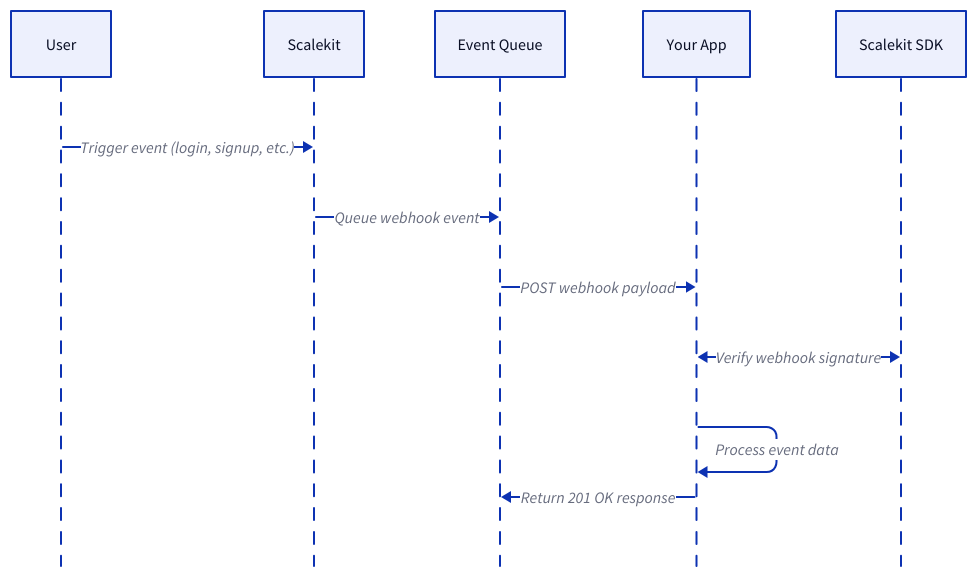
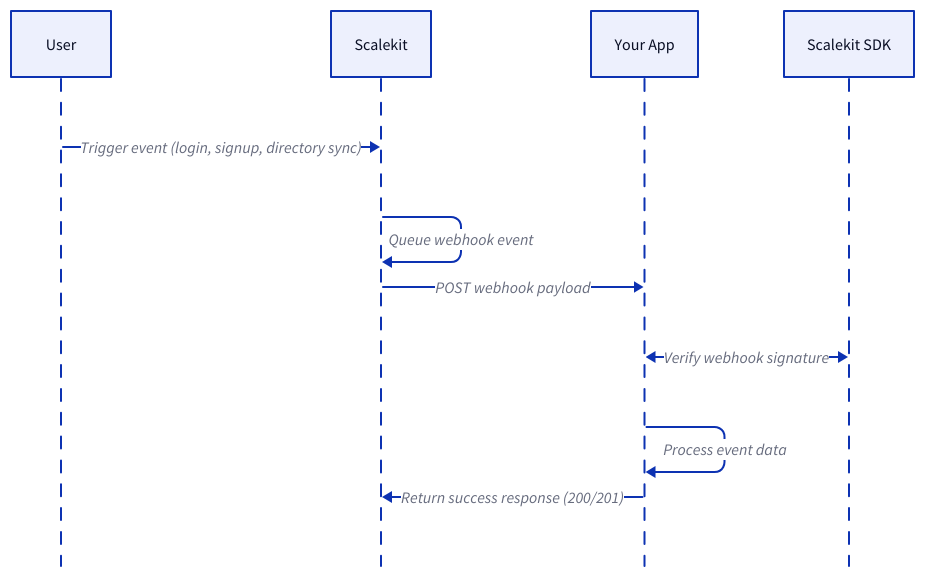
One commit to scalekit-inc/developer-docs changed the diagram in src/content/docs/authenticate/implement-workflows/listen-to-webhooks.mdx. Above: the diagram before and after it, drawn with D2. The commit also changed other lines of this file and 5 other files, not shown here.

````diff
--- a/src/content/docs/authenticate/implement-workflows/listen-to-webhooks.mdx
+++ b/src/content/docs/authenticate/implement-workflows/listen-to-webhooks.mdx
@@ -37,11 +38,10 @@
 ```d2
 shape: sequence_diagram
 
-User -> Scalekit: Trigger event (login, signup, etc.)
-Scalekit -> Event Queue: Queue webhook event
-Event Queue -> Your App: POST webhook payload
+User -> Scalekit: Trigger event (login, signup, directory sync)
+Scalekit -> Scalekit: Queue webhook event
+Scalekit -> Your App: POST webhook payload
 Your App <> Scalekit SDK: Verify webhook signature
 Your App -> Your App: Process event data
-Your App -> Event Queue: Return 201 OK response
-
+Your App -> Scalekit: Return success response (200/201)
 ```
````
